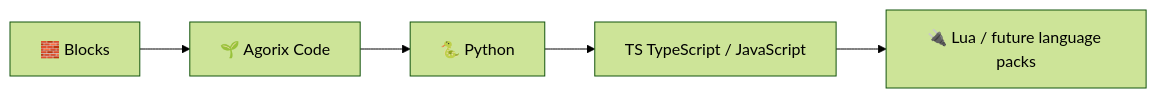
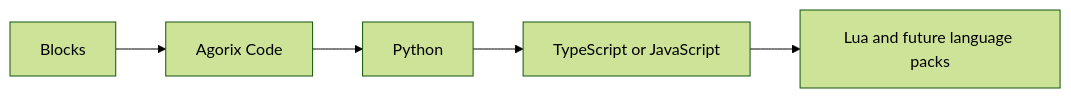
Before and after one commit to Modern-Ash/agorix: the sixth of 16 diagrams in README.md, drawn with Mermaid (forest theme). The commit also changed other lines of this file, not shown here.

Commit message:
docs: make Mermaid diagrams GitHub-safe

````diff
--- a/README.md
+++ b/README.md
@@ -246,7 +240,7 @@
 ```mermaid
 flowchart LR
-    B["🧱 Blocks"] --> A["🌱 Agorix Code"]
-    A --> P["🐍 Python"]
-    P --> T["TS TypeScript / JavaScript"]
-    T --> X["🔌 Lua / future language packs"]
+    B[Blocks] --> A[Agorix Code]
+    A --> P[Python]
+    P --> T[TypeScript or JavaScript]
+    T --> X[Lua and future language packs]
 ```
````
